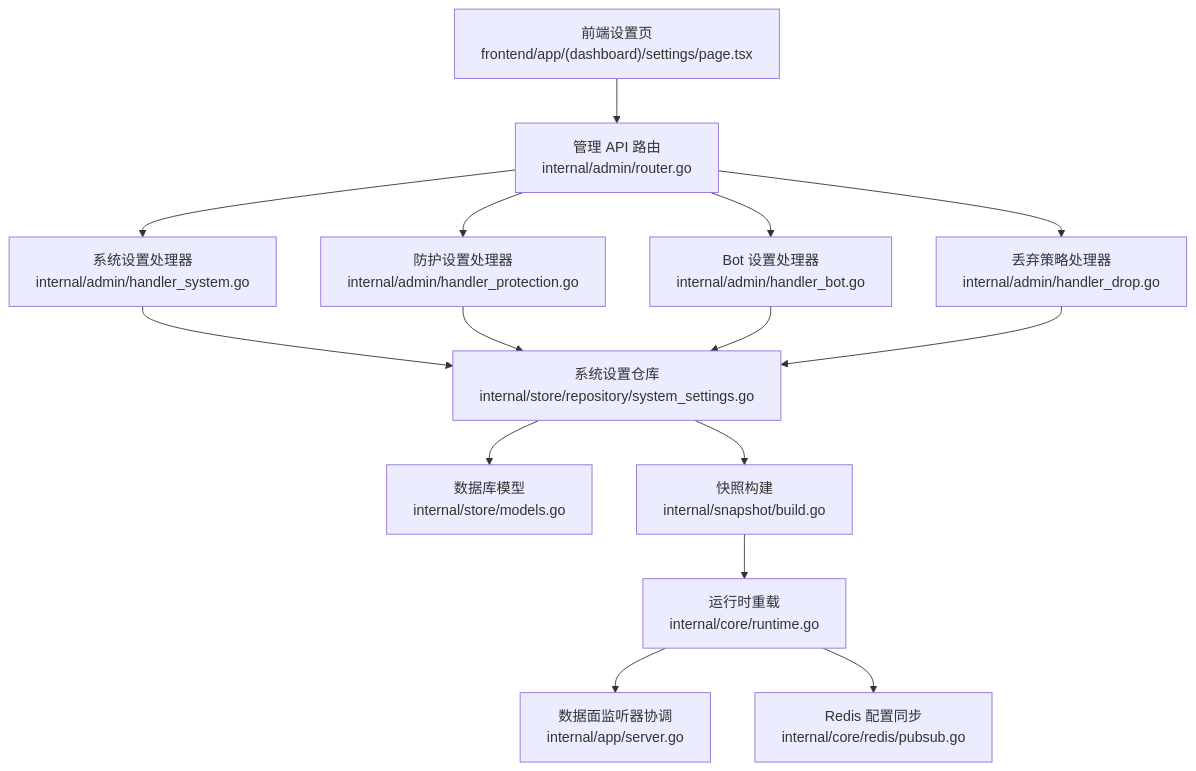
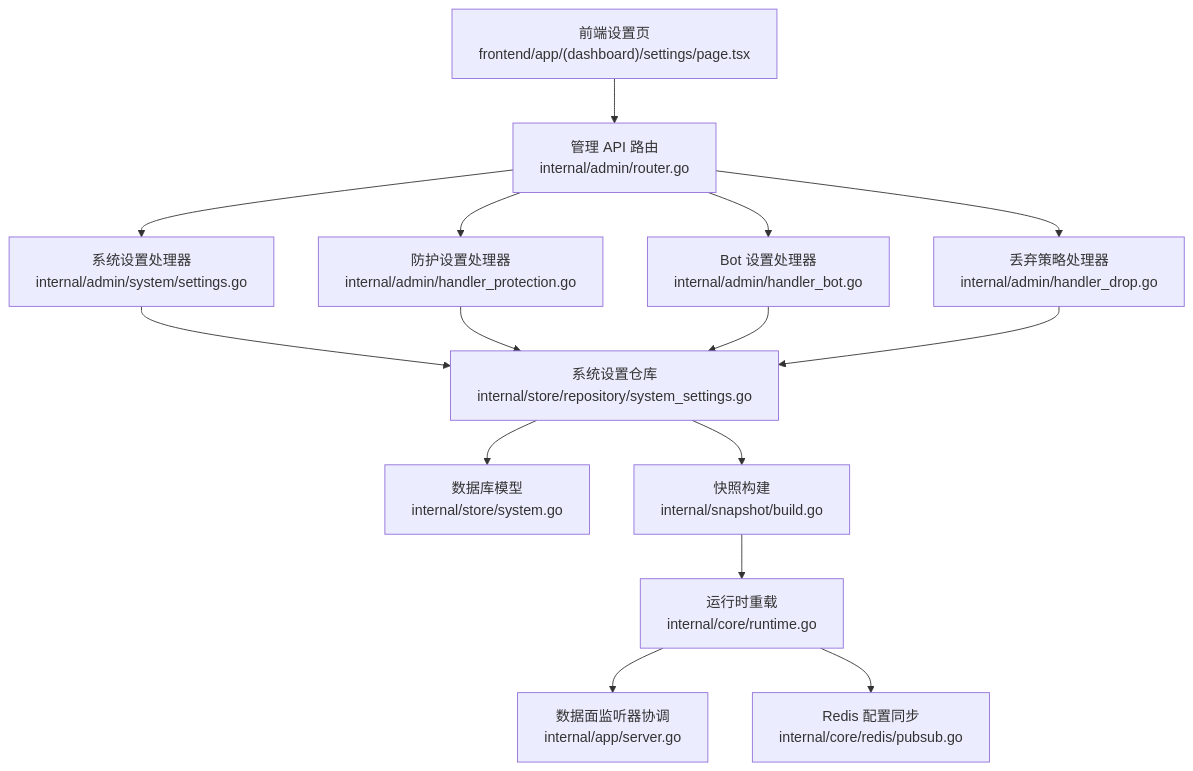
One commit to x01n/My-OpenWaf changed the first of 6 diagrams in docs/管理 API 系统/系统设置 API.md. Above: the diagram before and after it, drawn with Mermaid. The commit also changed other lines of this file and 199 other files, not shown here.

````diff
--- a/docs/管理 API 系统/系统设置 API.md
+++ b/docs/管理 API 系统/系统设置 API.md
@@ -40,17 +34,17 @@
 ```mermaid
 graph TB
 FE["前端设置页<br/>frontend/app/(dashboard)/settings/page.tsx"] --> API["管理 API 路由<br/>internal/admin/router.go"]
-API --> HSys["系统设置处理器<br/>internal/admin/handler_system.go"]
+API --> HSys["系统设置处理器<br/>internal/admin/system/settings.go"]
 API --> HProt["防护设置处理器<br/>internal/admin/handler_protection.go"]
 API --> HBot["Bot 设置处理器<br/>internal/admin/handler_bot.go"]
 API --> HDrop["丢弃策略处理器<br/>internal/admin/handler_drop.go"]
 HSys --> Repo["系统设置仓库<br/>internal/store/repository/system_settings.go"]
 HProt --> Repo
 HBot --> Repo
 HDrop --> Repo
-Repo --> DB["数据库模型<br/>internal/store/models.go"]
+Repo --> DB["数据库模型<br/>internal/store/system.go"]
 Repo --> Snap["快照构建<br/>internal/snapshot/build.go"]
 Snap --> Runtime["运行时重载<br/>internal/core/runtime.go"]
 Runtime --> Server["数据面监听器协调<br/>internal/app/server.go"]
 Runtime --> PubSub["Redis 配置同步<br/>internal/core/redis/pubsub.go"]
 ```
````
